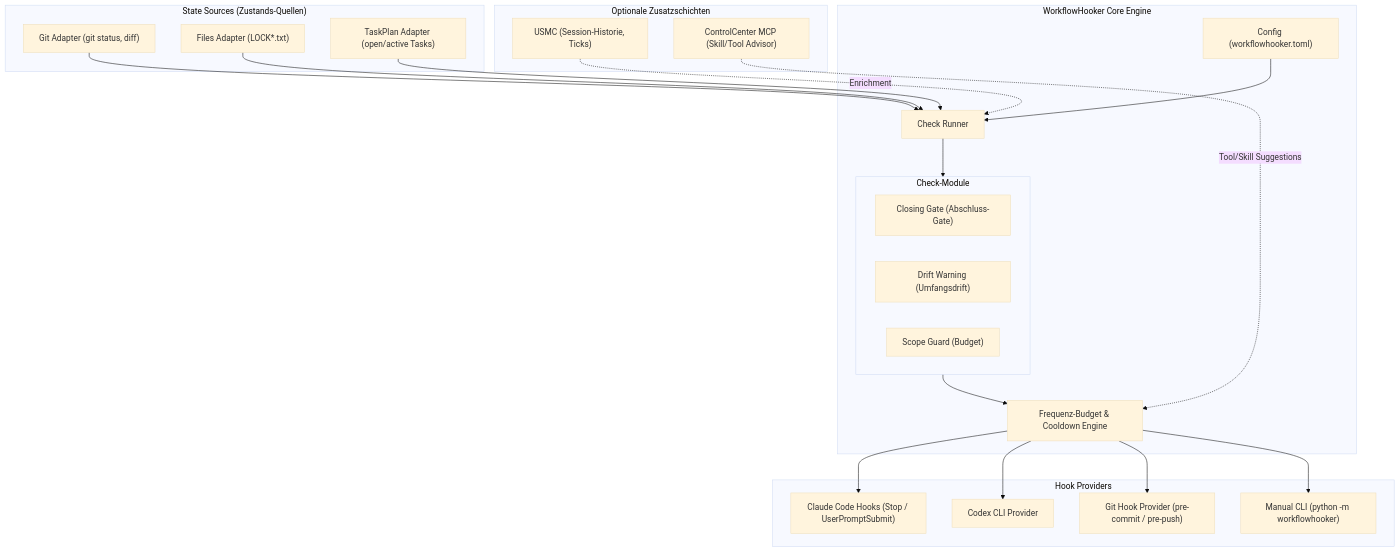
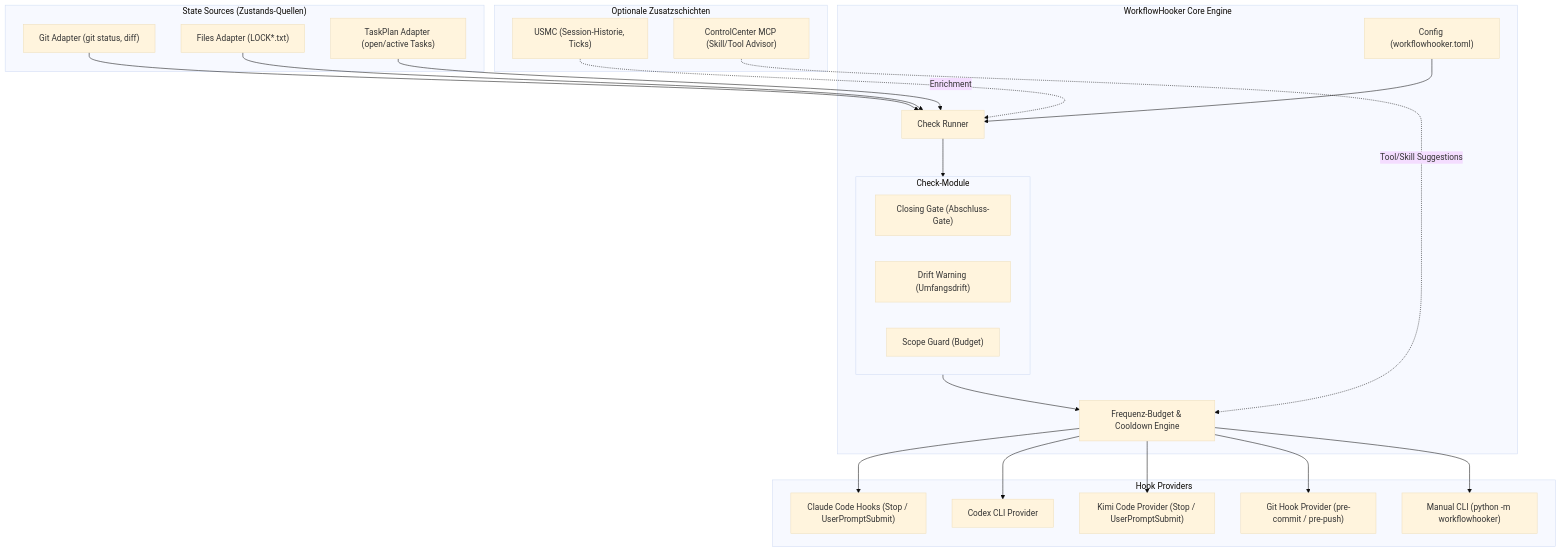
The first of 2 diagrams in README.md (ellmos-ai/WORKFLOWHOOKER), drawn with Mermaid (base theme) before and after one commit. The commit also changed other lines of this file and 8 other files, not shown here.

Commit message:
chore(marketing): Pfad B Discoverability, Mermaid Sequence Diagram, CI Modernization & Metadata Parity Testsuite

````diff
--- a/README.md
+++ b/README.md
@@ -35,47 +44,49 @@
 ```mermaid
 graph TD
     subgraph StateSources ["State Sources (Zustands-Quellen)"]
         GitSource["Git Adapter (git status, diff)"]
         FilesSource["Files Adapter (LOCK*.txt)"]
         TaskPlanSource["TaskPlan Adapter (open/active Tasks)"]
     end
 
     subgraph Core ["WorkflowHooker Core Engine"]
         Config["Config (workflowhooker.toml)"]
         CheckRunner["Check Runner"]
         subgraph Checks ["Check-Module"]
             ClosingGate["Closing Gate (Abschluss-Gate)"]
             DriftWarning["Drift Warning (Umfangsdrift)"]
             ScopeGuard["Scope Guard (Budget)"]
         end
         BudgetCooldown["Frequenz-Budget & Cooldown Engine"]
     end
 
     subgraph OptionalLayers ["Optionale Zusatzschichten"]
         USMC["USMC (Session-Historie, Ticks)"]
         ControlCenter["ControlCenter MCP (Skill/Tool Advisor)"]
     end
 
     subgraph HookProviders ["Hook Providers"]
         ClaudeProvider["Claude Code Hooks (Stop / UserPromptSubmit)"]
         CodexProvider["Codex CLI Provider"]
+        KimiProvider["Kimi Code Provider (Stop / UserPromptSubmit)"]
         GitHookProvider["Git Hook Provider (pre-commit / pre-push)"]
         CLIProvider["Manual CLI (python -m workflowhooker)"]
     end
 
     GitSource --> CheckRunner
     FilesSource --> CheckRunner
     TaskPlanSource --> CheckRunner
 
     Config --> CheckRunner
     CheckRunner --> Checks
     Checks --> BudgetCooldown
 
     USMC -.->|Enrichment| CheckRunner
     ControlCenter -.->|Tool/Skill Suggestions| BudgetCooldown
 
     BudgetCooldown --> ClaudeProvider
     BudgetCooldown --> CodexProvider
+    BudgetCooldown --> KimiProvider
     BudgetCooldown --> GitHookProvider
     BudgetCooldown --> CLIProvider
 ```
````
